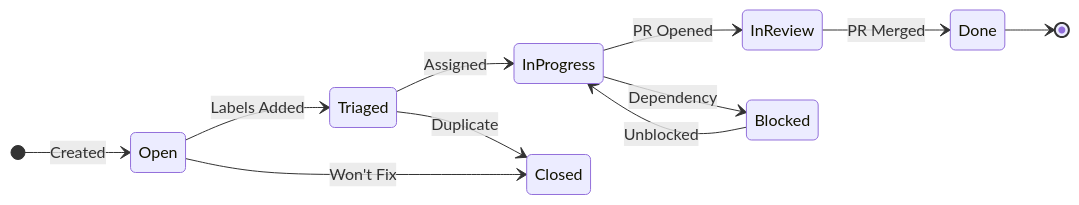
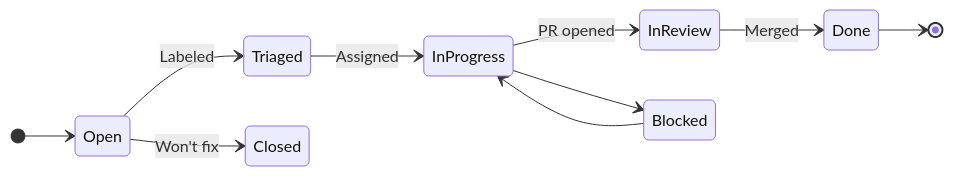
One commit to Univers42/transcendance changed diagram 12 of 13 in CONTRIBUTING.md. Above: the diagram before and after it, drawn with Mermaid. The commit also changed other lines of this file, not shown here.

````diff
--- a/CONTRIBUTING.md
+++ b/CONTRIBUTING.md
@@ -1217,16 +835,13 @@
 ```mermaid
 stateDiagram-v2
     direction LR
-    [*] --> Open: Created
-    Open --> Triaged: Labels Added
-    Triaged --> InProgress: Assigned
-    InProgress --> InReview: PR Opened
-    InReview --> Done: PR Merged
+    [*] --> Open
+    Open --> Triaged : Labeled
+    Triaged --> InProgress : Assigned
+    InProgress --> InReview : PR opened
+    InReview --> Done : Merged
     Done --> [*]
-    
-    InProgress --> Blocked: Dependency
-    Blocked --> InProgress: Unblocked
-    
-    Open --> Closed: Won't Fix
-    Triaged --> Closed: Duplicate
+    InProgress --> Blocked
+    Blocked --> InProgress
+    Open --> Closed : Won't fix
 ```
````
